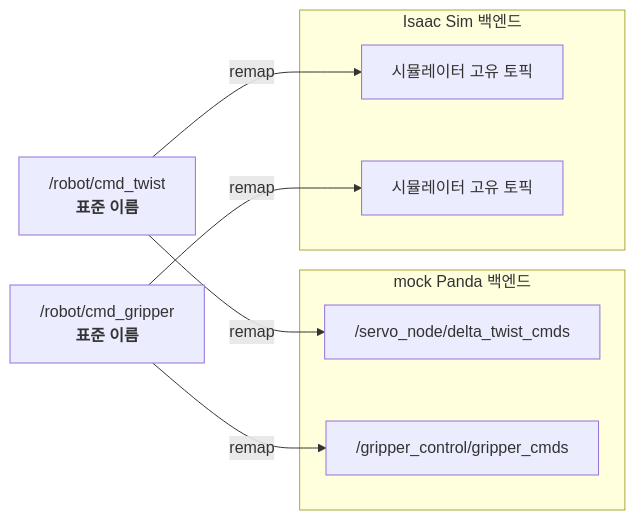
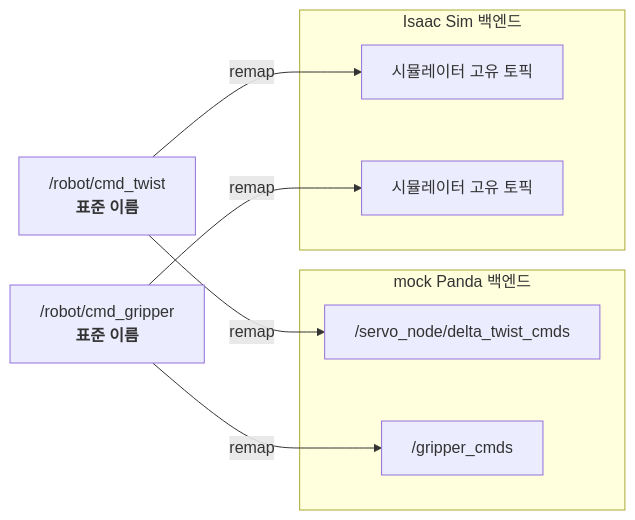
One commit to kwlee0220/rdfp_ws changed the second of 9 diagrams in docs/rdfp_framework_design.md. Above: the diagram before and after it, drawn with Mermaid. The commit also changed other lines of this file and 27 other files, not shown here.

````diff
--- a/docs/rdfp_framework_design.md
+++ b/docs/rdfp_framework_design.md
@@ -169,19 +179,19 @@
 ```mermaid
 flowchart LR
     C1["/robot/cmd_twist<br/><b>표준 이름</b>"]
     C2["/robot/cmd_gripper<br/><b>표준 이름</b>"]
 
     C1 -->|remap| M1["/servo_node/delta_twist_cmds"]
     C1 -->|remap| I1["시뮬레이터 고유 토픽"]
-    C2 -->|remap| M2["/gripper_control/gripper_cmds"]
+    C2 -->|remap| M2["/gripper_cmds"]
     C2 -->|remap| I2["시뮬레이터 고유 토픽"]
 
     subgraph MOCK["mock Panda 백엔드"]
         M1
         M2
     end
     subgraph ISAAC["Isaac Sim 백엔드"]
         I1
         I2
     end
 ```
````
